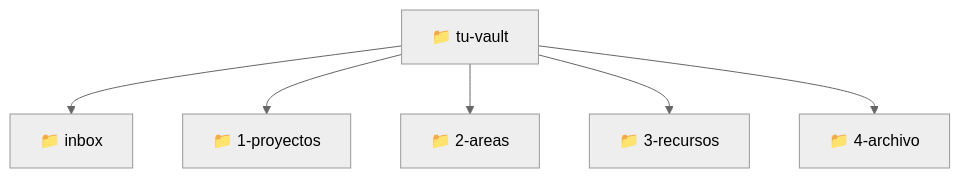
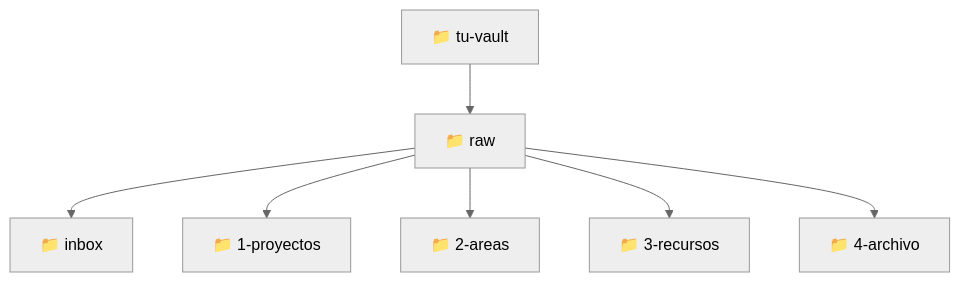
Before and after one commit to VanessaPellegrini/second-brain-ecosystem: the second of 2 diagrams in second-brain/guides/es/04-vault-structure.md, drawn with Mermaid (neutral theme). The commit also changed other lines of this file and 4 other files, not shown here.

First line of the commit message:
docs: restructure vault — PARA/daily/inbox now inside raw/

````diff
--- a/second-brain/guides/es/04-vault-structure.md
+++ b/second-brain/guides/es/04-vault-structure.md
@@ -136,8 +140,9 @@
 ```mermaid
 graph TD
-    Vault[📁 tu-vault] --> In[📁 inbox]
-    Vault --> P[📁 1-proyectos]
-    Vault --> A[📁 2-areas]
-    Vault --> R[📁 3-recursos]
-    Vault --> Arc[📁 4-archivo]
+    Vault[📁 tu-vault] --> Raw[📁 raw]
+    Raw --> In[📁 inbox]
+    Raw --> P[📁 1-proyectos]
+    Raw --> A[📁 2-areas]
+    Raw --> R[📁 3-recursos]
+    Raw --> Arc[📁 4-archivo]
 ```
````
